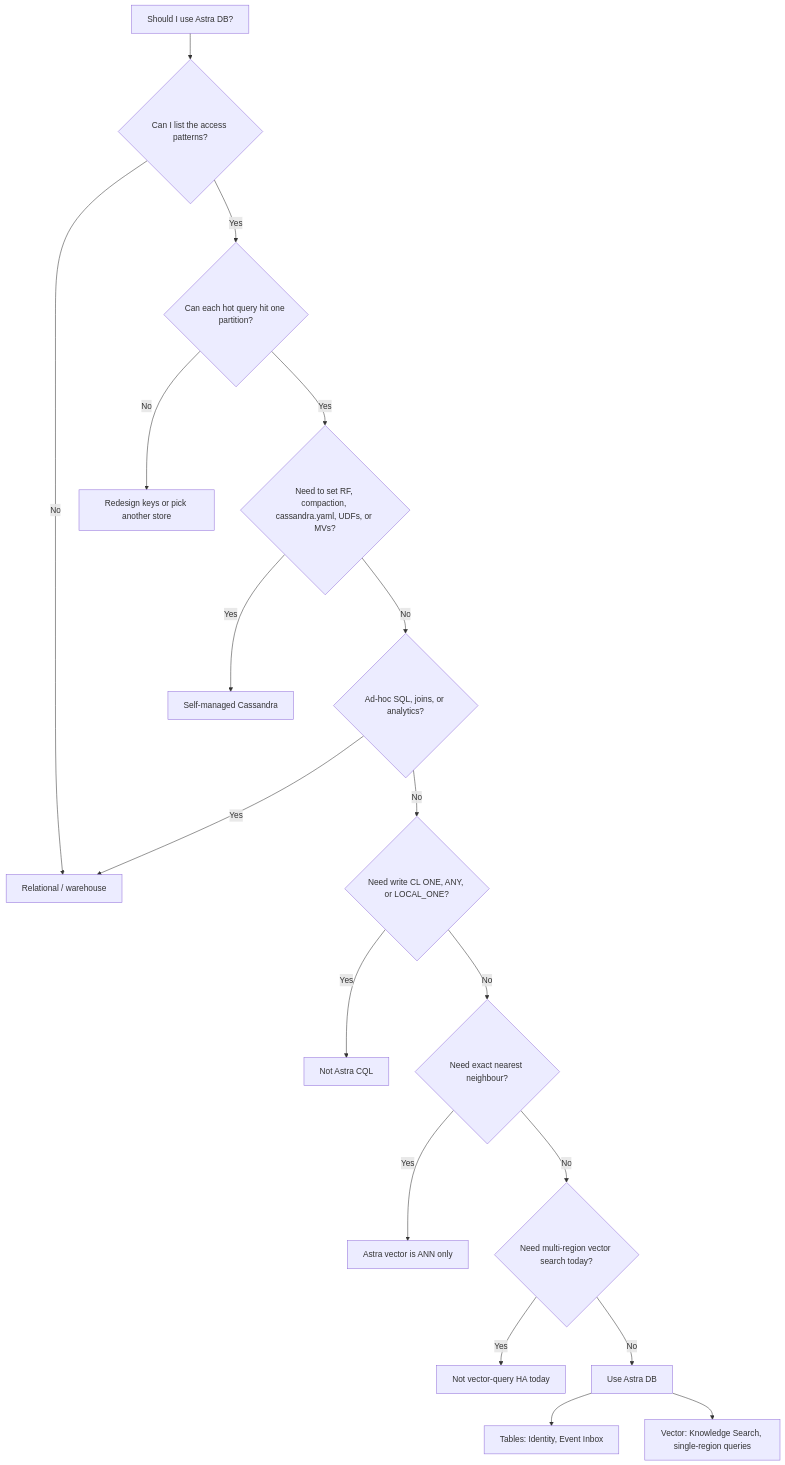
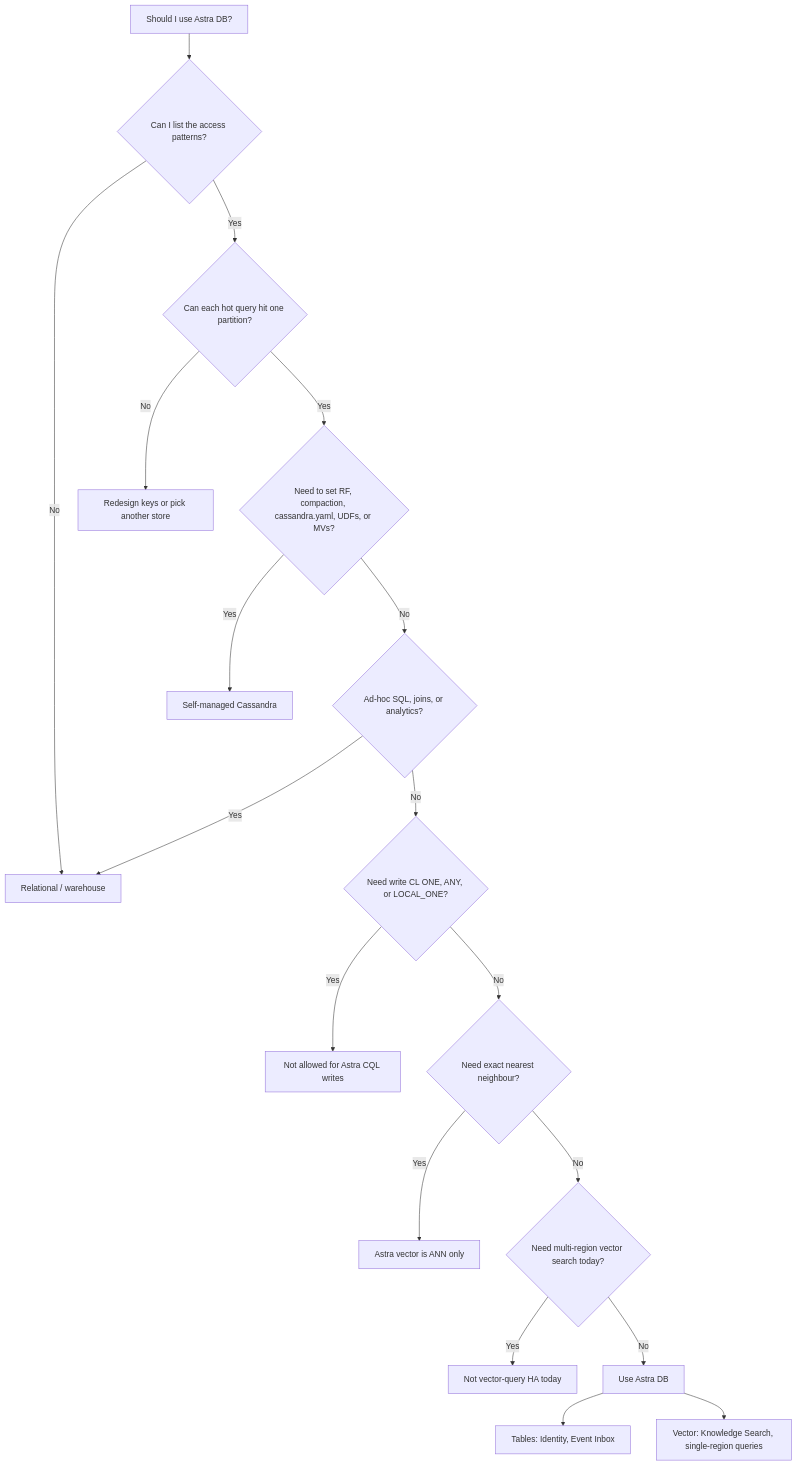
The first of 2 diagrams in 01-why-astra-db/why-astra-db.md (difli/astra-db-enablement), drawn with Mermaid before and after one commit. The commit also changed other lines of this file and 3 other files, not shown here.

First line of the commit message:
Clarify Astra CQL consistency, ignored table properties, and Data API vs driver support.

````diff
--- a/01-why-astra-db/why-astra-db.md
+++ b/01-why-astra-db/why-astra-db.md
@@ -32,20 +32,20 @@
 ```mermaid
 flowchart TD
   start["Should I use Astra DB?"] --> known{"Can I list the access patterns?"}
   known -->|No| rdb["Relational / warehouse"]
   known -->|Yes| part{"Can each hot query hit one partition?"}
   part -->|No| redesign["Redesign keys or pick another store"]
   part -->|Yes| ops{"Need to set RF, compaction, cassandra.yaml, UDFs, or MVs?"}
   ops -->|Yes| cass["Self-managed Cassandra"]
   ops -->|No| analytic{"Ad-hoc SQL, joins, or analytics?"}
   analytic -->|Yes| rdb
   analytic -->|No| cl{"Need write CL ONE, ANY, or LOCAL_ONE?"}
-  cl -->|Yes| notcql["Not Astra CQL"]
+  cl -->|Yes| notcql["Not allowed for Astra CQL writes"]
   cl -->|No| knn{"Need exact nearest neighbour?"}
   knn -->|Yes| notvec["Astra vector is ANN only"]
   knn -->|No| mr{"Need multi-region vector search today?"}
   mr -->|Yes| notmr["Not vector-query HA today"]
   mr -->|No| useAstra["Use Astra DB"]
   useAstra --> tables["Tables: Identity, Event Inbox"]
   useAstra --> ks["Vector: Knowledge Search, single-region queries"]
 ```
````
